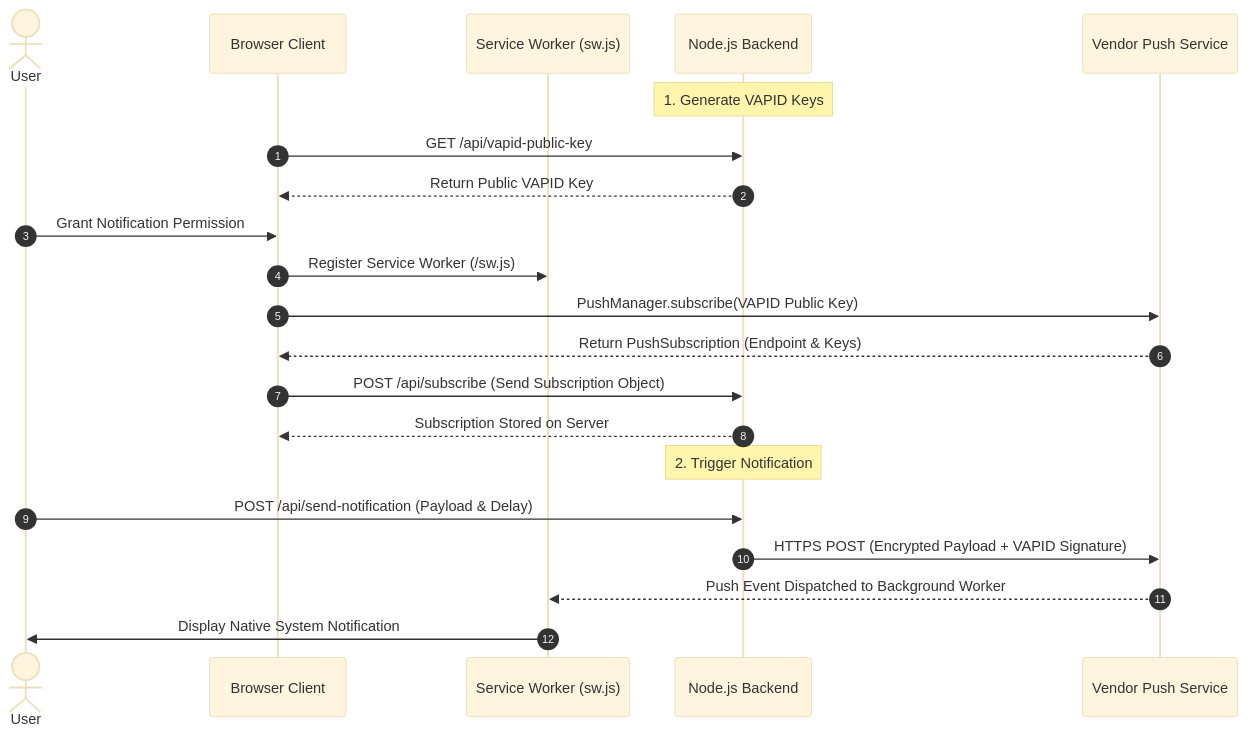
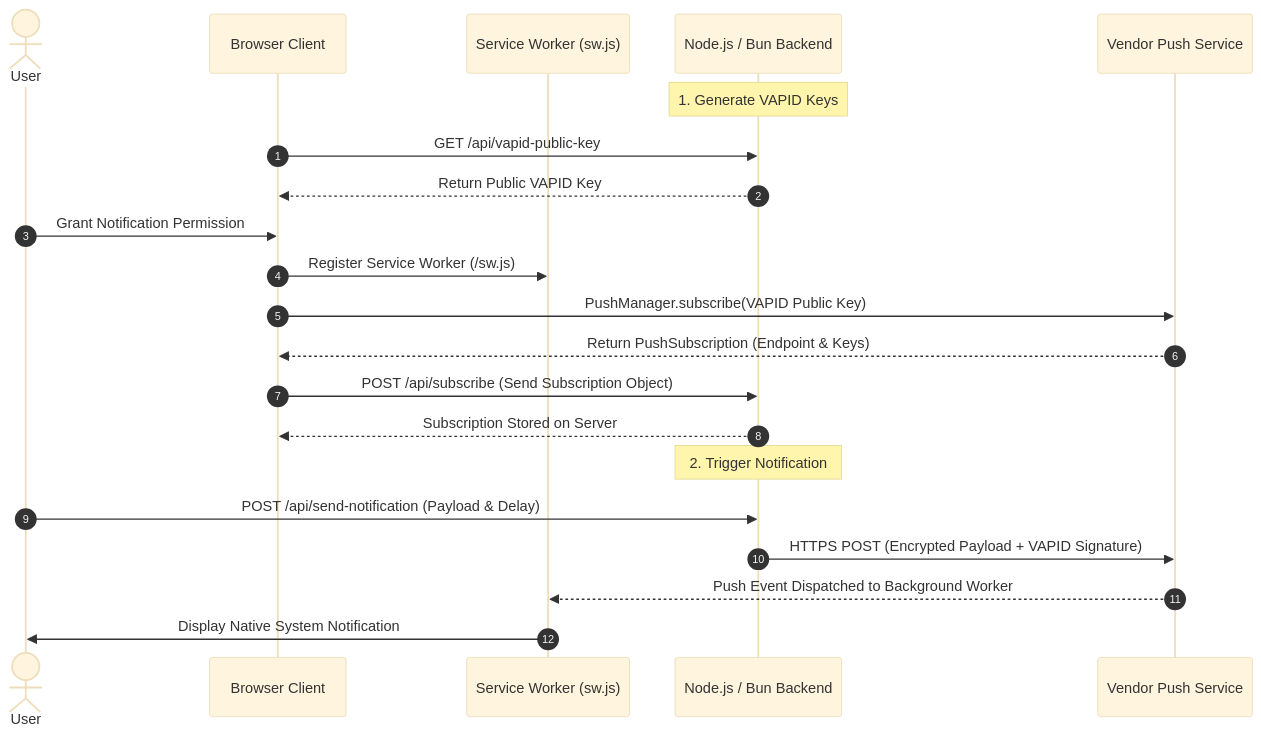
Before and after one commit to FarrelAD/WaraWara-Web: the diagram in README.md, drawn with Mermaid (base theme). The commit also changed other lines of this file and 15 other files, not shown here.

````diff
--- a/README.md
+++ b/README.md
@@ -26,27 +27,27 @@
 ```mermaid
 sequenceDiagram
     autonumber
     actor User
     participant Browser as Browser Client
     participant SW as Service Worker (sw.js)
-    participant Server as Node.js Backend
+    participant Server as Node.js / Bun Backend
     participant PushService as Vendor Push Service
 
     Note over Server: 1. Generate VAPID Keys
     Browser->>Server: GET /api/vapid-public-key
     Server-->>Browser: Return Public VAPID Key
 
     User->>Browser: Grant Notification Permission
     Browser->>SW: Register Service Worker (/sw.js)
     Browser->>PushService: PushManager.subscribe(VAPID Public Key)
     PushService-->>Browser: Return PushSubscription (Endpoint & Keys)
 
     Browser->>Server: POST /api/subscribe (Send Subscription Object)
     Server-->>Browser: Subscription Stored on Server
 
     Note over Server: 2. Trigger Notification
     User->>Server: POST /api/send-notification (Payload & Delay)
     Server->>PushService: HTTPS POST (Encrypted Payload + VAPID Signature)
     PushService-->>SW: Push Event Dispatched to Background Worker
     SW->>User: Display Native System Notification
 ```
````
